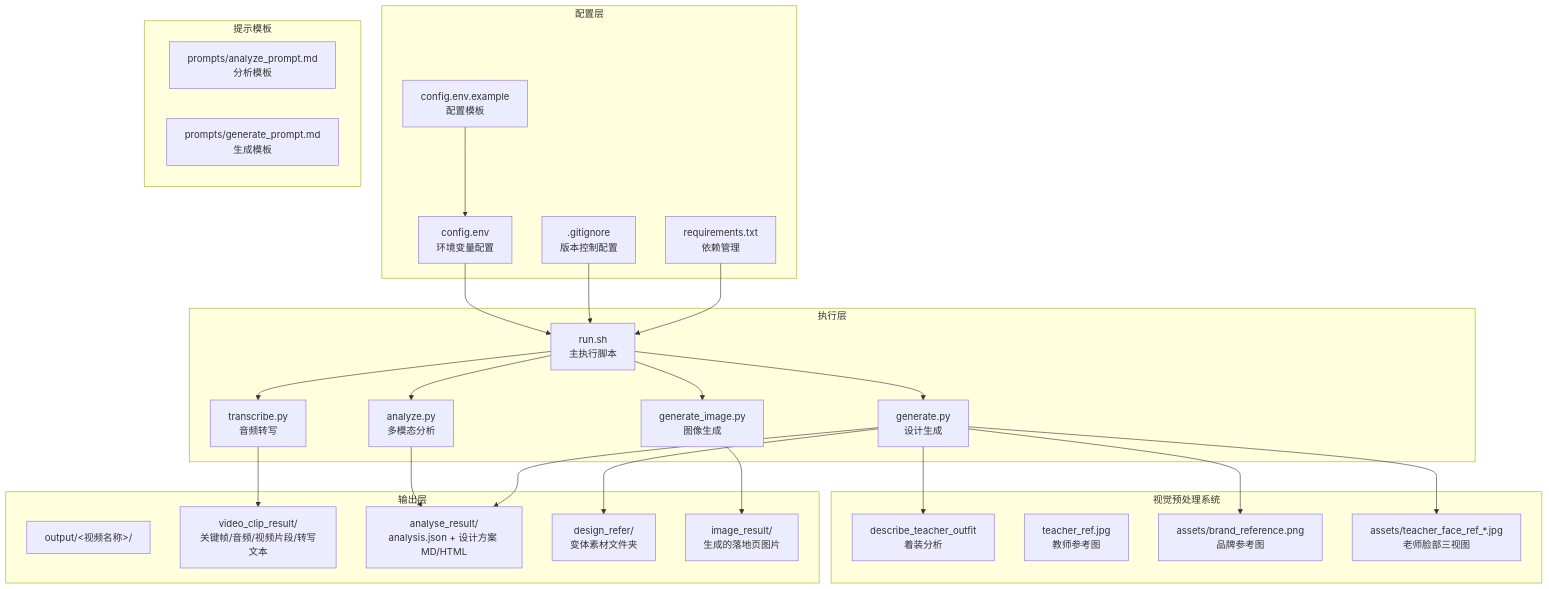
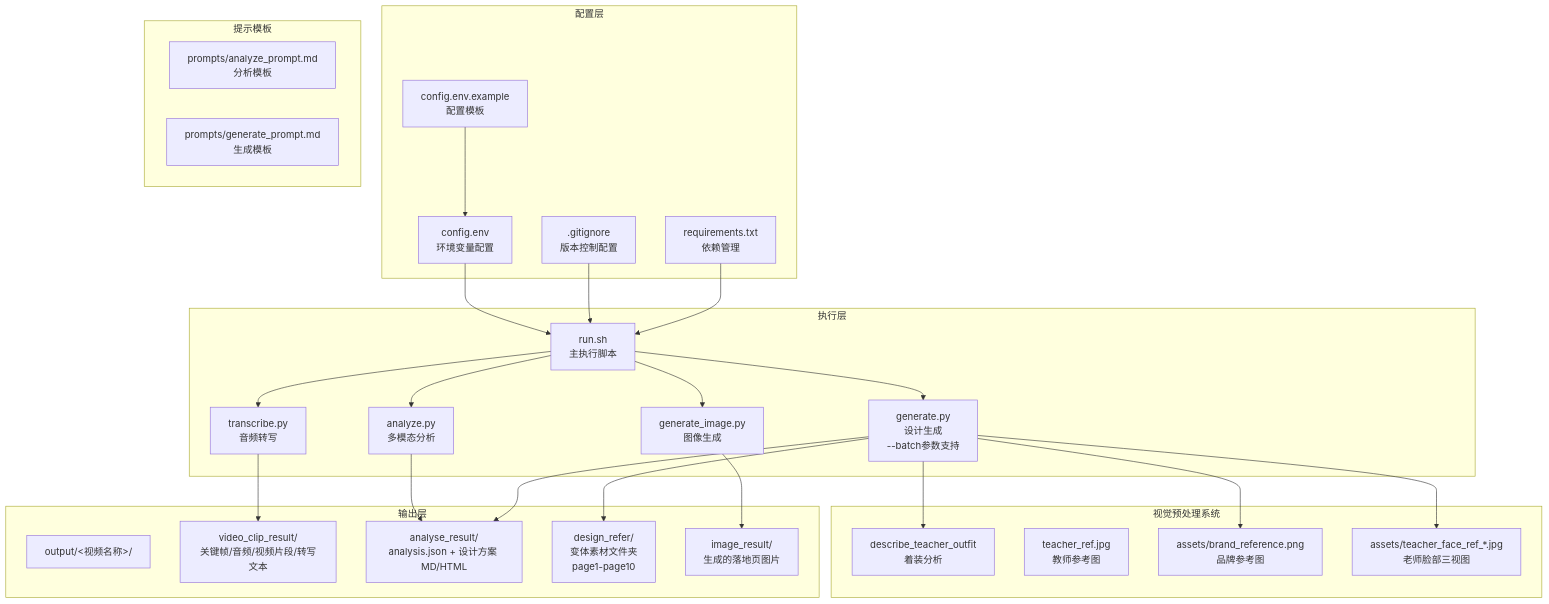
Before and after one commit to WongMingJiu/landingpage-test-hero-page: the first of 18 diagrams in .qoder/repowiki/zh/content/配置和定制/配置和定制.md, drawn with Mermaid. The commit also changed other lines of this file and 42 other files, not shown here.

````diff
--- a/.qoder/repowiki/zh/content/配置和定制/配置和定制.md
+++ b/.qoder/repowiki/zh/content/配置和定制/配置和定制.md
@@ -55,49 +55,49 @@
 ```mermaid
 graph TB
 subgraph "配置层"
 ConfigEnv[config.env<br/>环境变量配置]
 ConfigExample[config.env.example<br/>配置模板]
 GitIgnore[.gitignore<br/>版本控制配置]
 Requirements[requirements.txt<br/>依赖管理]
 end
 subgraph "执行层"
 RunScript[run.sh<br/>主执行脚本]
 Transcribe[transcribe.py<br/>音频转写]
 Analyze[analyze.py<br/>多模态分析]
-Generate[generate.py<br/>设计生成]
+Generate[generate.py<br/>设计生成<br/>--batch参数支持]
 GenerateImage[generate_image.py<br/>图像生成]
 end
 subgraph "提示模板"
 AnalyzePrompt[prompts/analyze_prompt.md<br/>分析模板]
 GeneratePrompt[prompts/generate_prompt.md<br/>生成模板]
 end
 subgraph "视觉预处理系统"
 VisualPreprocess[describe_teacher_outfit<br/>着装分析]
 TeacherRef[teacher_ref.jpg<br/>教师参考图]
 BrandRef[assets/brand_reference.png<br/>品牌参考图]
 TeacherFaceRef[assets/teacher_face_ref_*.jpg<br/>老师脸部三视图]
 end
 subgraph "输出层"
 OutputDir[output/<视频名称>/]
 VideoClip[video_clip_result/<br/>关键帧/音频/视频片段/转写文本]
 AnalyseResult[analyse_result/<br/>analysis.json + 设计方案 MD/HTML]
-DesignRefer[design_refer/<br/>变体素材文件夹]
+DesignRefer[design_refer/<br/>变体素材文件夹<br/>page1-page10]
 ImageResult[image_result/<br/>生成的落地页图片]
 end
 ConfigEnv --> RunScript
 ConfigExample --> ConfigEnv
 GitIgnore --> RunScript
 Requirements --> RunScript
 RunScript --> Transcribe
 RunScript --> Analyze
 RunScript --> Generate
 RunScript --> GenerateImage
 Transcribe --> VideoClip
 Analyze --> AnalyseResult
 Generate --> AnalyseResult
 Generate --> DesignRefer
 Generate --> VisualPreprocess
 Generate --> BrandRef
 Generate --> TeacherFaceRef
 GenerateImage --> ImageResult
 ```
````
